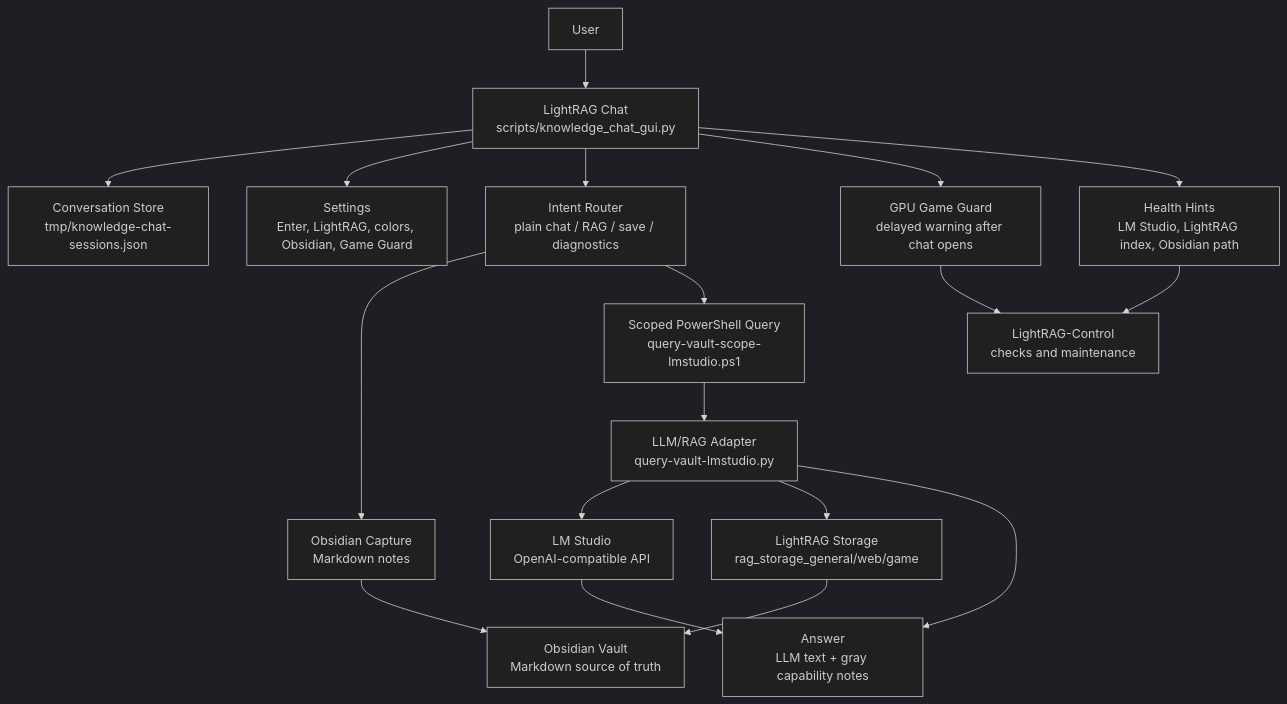
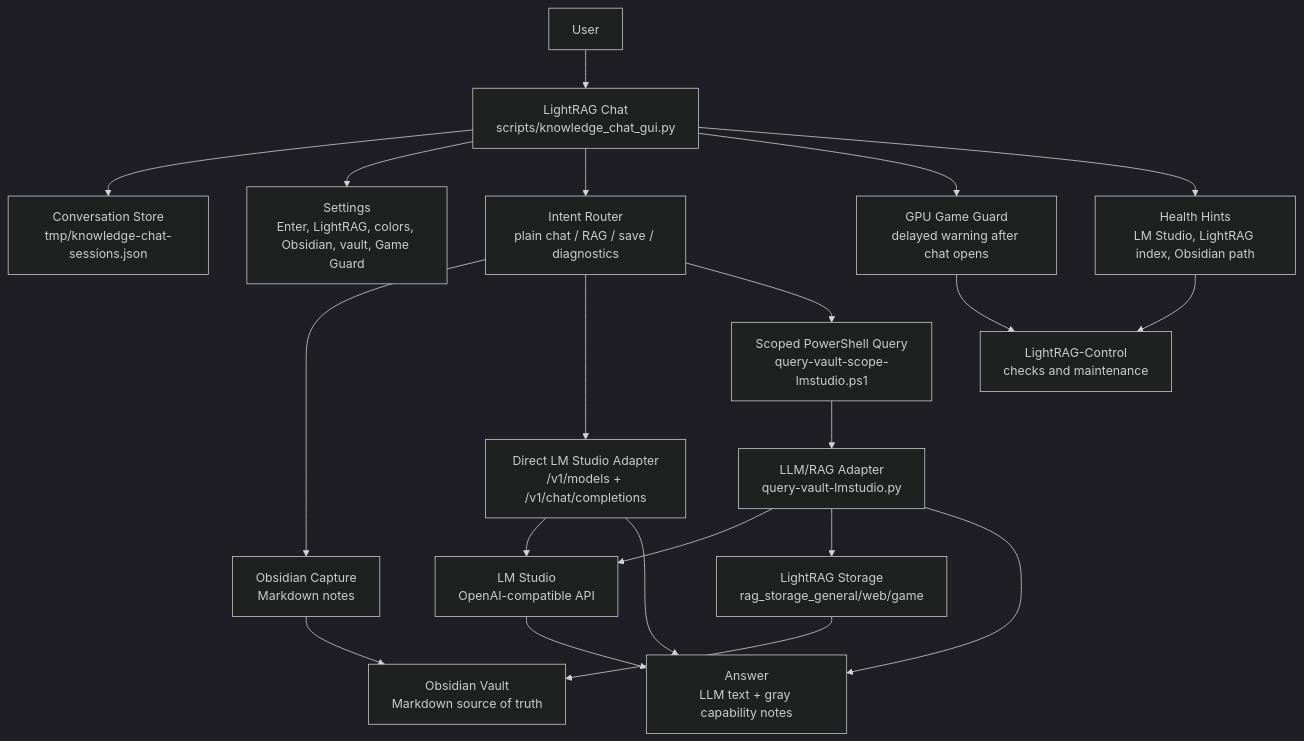
One commit to VxHxS/KnowledgeLab changed the first of 2 diagrams in ARCHITECTURE.md. Above: the diagram before and after it, drawn with Mermaid (dark theme). The commit also changed other lines of this file and 11 other files, not shown here.

Commit message:
007 stabilize chat architecture and diagnostics

````diff
--- a/ARCHITECTURE.md
+++ b/ARCHITECTURE.md
@@ -42,36 +42,40 @@
 ```mermaid
 flowchart TD
     User["User"]
     Chat["LightRAG Chat<br/>scripts/knowledge_chat_gui.py"]
     Store["Conversation Store<br/>tmp/knowledge-chat-sessions.json"]
-    Settings["Settings<br/>Enter, LightRAG, colors, Obsidian, Game Guard"]
+    Settings["Settings<br/>Enter, LightRAG, colors, Obsidian, vault, Game Guard"]
     Router["Intent Router<br/>plain chat / RAG / save / diagnostics"]
     Save["Obsidian Capture<br/>Markdown notes"]
     Health["Health Hints<br/>LM Studio, LightRAG index, Obsidian path"]
     Guard["GPU Game Guard<br/>delayed warning after chat opens"]
+    DirectLM["Direct LM Studio Adapter<br/>/v1/models + /v1/chat/completions"]
     QueryPS["Scoped PowerShell Query<br/>query-vault-scope-lmstudio.ps1"]
     QueryPY["LLM/RAG Adapter<br/>query-vault-lmstudio.py"]
     LightRAG["LightRAG Storage<br/>rag_storage_general/web/game"]
     Vault["Obsidian Vault<br/>Markdown source of truth"]
     LMStudio["LM Studio<br/>OpenAI-compatible API"]
     Control["LightRAG-Control<br/>checks and maintenance"]
     Answer["Answer<br/>LLM text + gray capability notes"]
 
     User --> Chat
     Chat --> Store
     Chat --> Settings
     Chat --> Router
     Router --> Save
     Save --> Vault
+    Router --> DirectLM
+    DirectLM --> LMStudio
+    DirectLM --> Answer
     Router --> QueryPS
     QueryPS --> QueryPY
     QueryPY --> LMStudio
     QueryPY --> LightRAG
     LightRAG --> Vault
     QueryPY --> Answer
     LMStudio --> Answer
     Chat --> Guard
     Chat --> Health
     Health --> Control
     Guard --> Control
 ```
````
